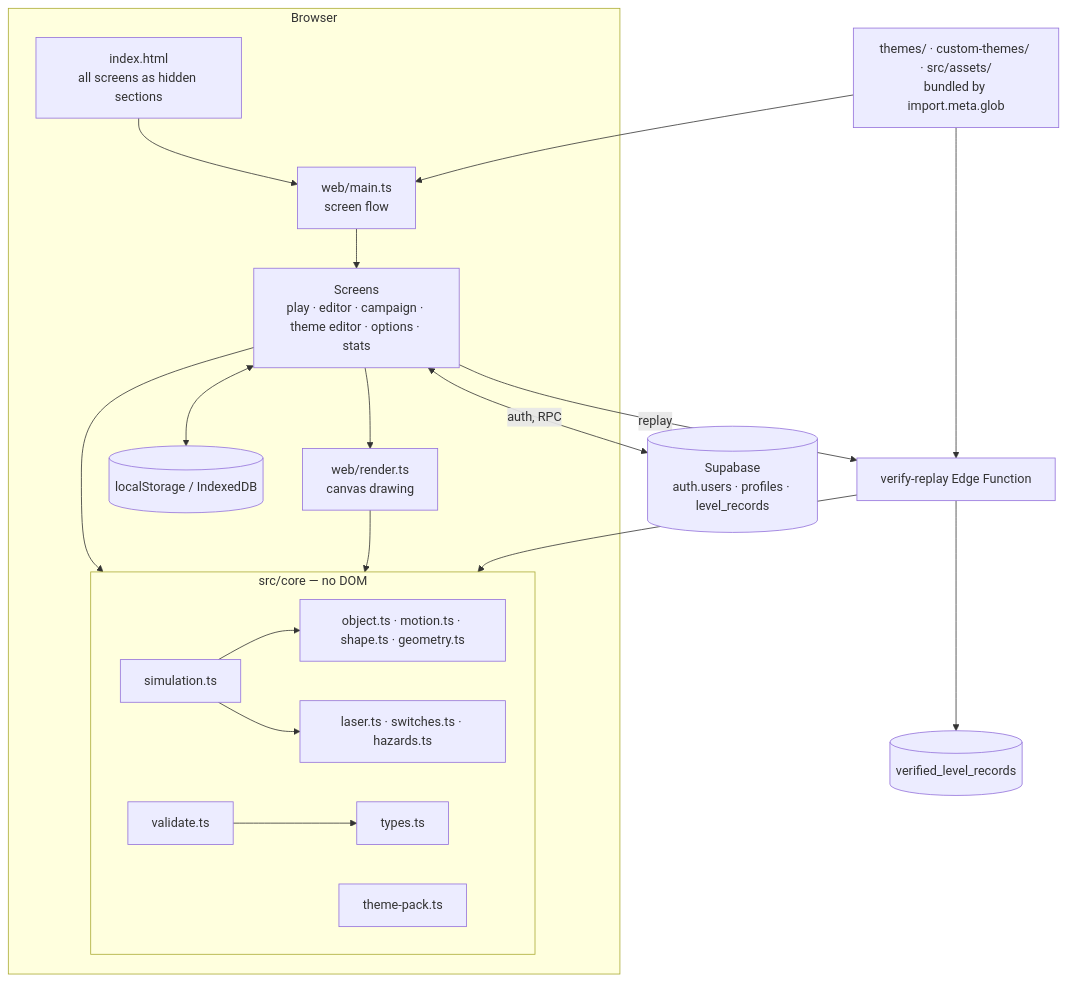
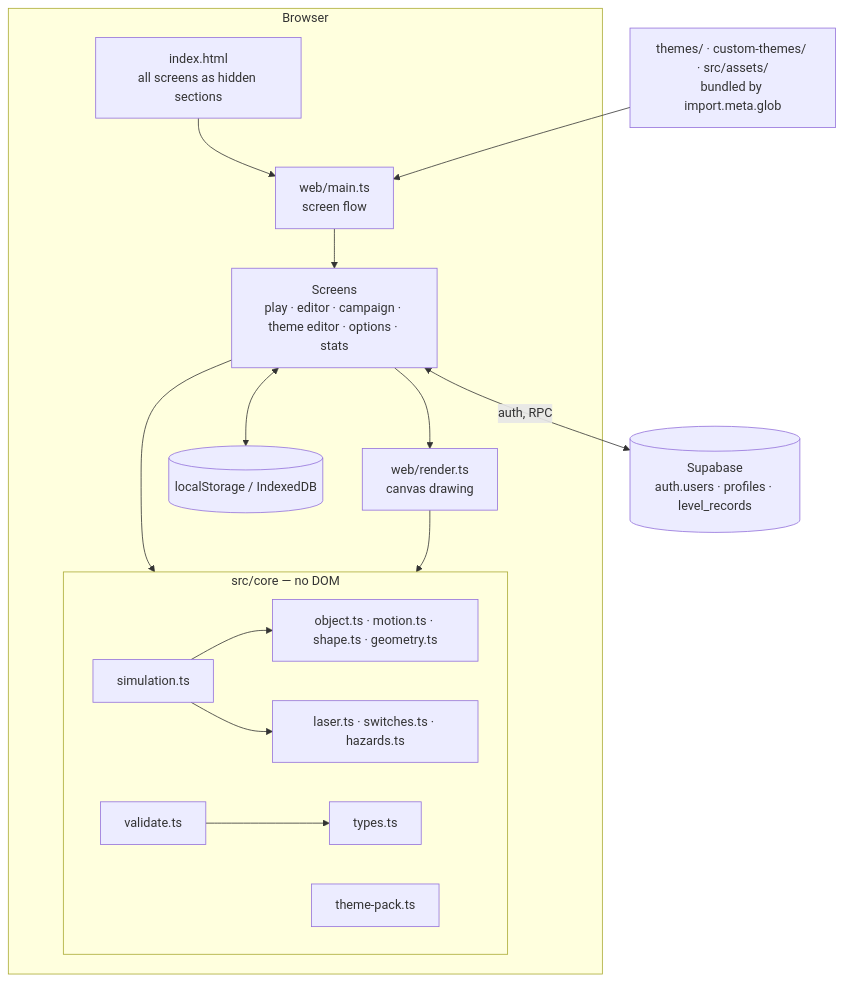
One commit to theDizzt/AvoidNSurviveMaker changed the first of 3 diagrams in docs/ARCHITECTURE.md. Above: the diagram before and after it, drawn with Mermaid. The commit also changed other lines of this file and 34 other files, not shown here.

````diff
--- a/docs/ARCHITECTURE.md
+++ b/docs/ARCHITECTURE.md
@@ -6,24 +6,20 @@
 ```mermaid
 flowchart TB
   subgraph Browser
     HTML[index.html<br/>all screens as hidden sections] --> MAIN[web/main.ts<br/>screen flow]
     MAIN --> SCREENS[Screens<br/>play · editor · campaign · theme editor · options · stats]
     SCREENS --> RENDER[web/render.ts<br/>canvas drawing]
     SCREENS --> CORE
     RENDER --> CORE
     subgraph CORE[src/core — no DOM]
       SIM[simulation.ts] --> OBJ[object.ts · motion.ts · shape.ts · geometry.ts]
       SIM --> HAZ[laser.ts · switches.ts · hazards.ts]
       VAL[validate.ts] --> TYPES[types.ts]
       PACK[theme-pack.ts]
     end
     LS[(localStorage / IndexedDB)]
     SCREENS <--> LS
   end
   CONTENT[themes/ · custom-themes/ · src/assets/<br/>bundled by import.meta.glob] --> MAIN
   SCREENS <-->|auth, RPC| SB[(Supabase<br/>auth.users · profiles · level_records)]
-  SCREENS -->|replay| VERIFY[verify-replay Edge Function]
-  VERIFY --> CORE
-  CONTENT --> VERIFY
-  VERIFY --> VERIFIED[(verified_level_records)]
 ```
````
